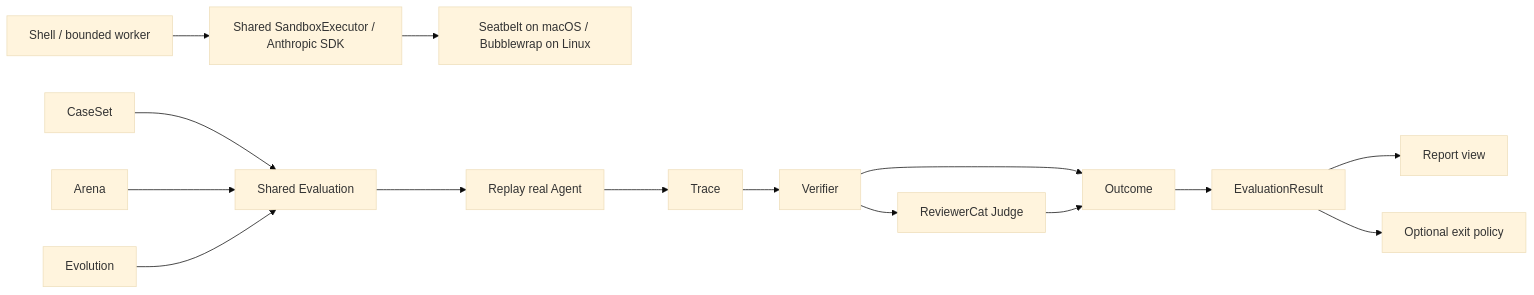
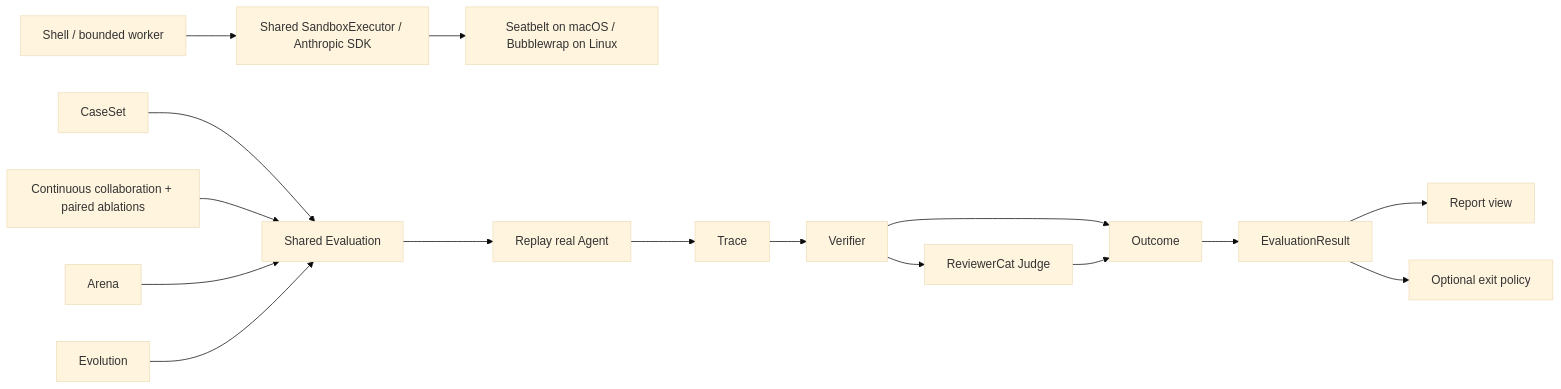
One commit to fightheyyy/xiaobaOS changed the second of 2 diagrams in docs/evaluation/SPEC.md. Above: the diagram before and after it, drawn with Mermaid (base theme). The commit also changed other lines of this file and 16 other files, not shown here.

Commit message:
feat: evaluate continuous personal-agent collaboration with explicit baselines

````diff
--- a/docs/evaluation/SPEC.md
+++ b/docs/evaluation/SPEC.md
@@ -66,18 +69,19 @@
 ```mermaid
 flowchart LR
     Execution["Shell / bounded worker"] --> Sandbox["Shared SandboxExecutor / Anthropic SDK"]
     Sandbox --> Native["Seatbelt on macOS / Bubblewrap on Linux"]
     CaseSet["CaseSet"] --> Eval["Shared Evaluation"]
+    Collaboration["Continuous collaboration + paired ablations"] --> Eval
     Eval --> Replay["Replay real Agent"]
     Replay --> Trace["Trace"]
     Trace --> Verify["Verifier"]
     Verify --> Judge["ReviewerCat Judge"]
     Verify --> Outcome["Outcome"]
     Judge --> Outcome
     Outcome --> Result["EvaluationResult"]
 
     Arena["Arena"] --> Eval
     Evolution["Evolution"] --> Eval
     Result --> Report["Report view"]
     Result --> Policy["Optional exit policy"]
 ```
````
